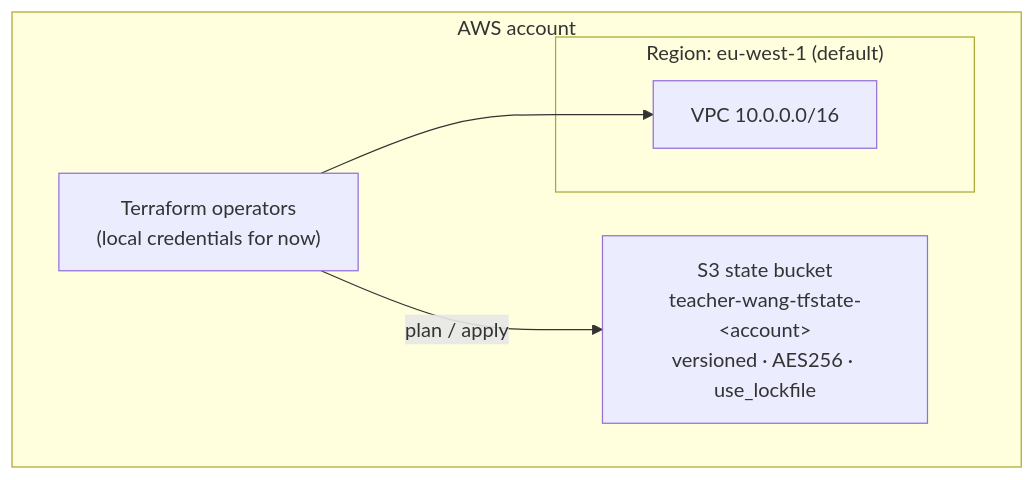
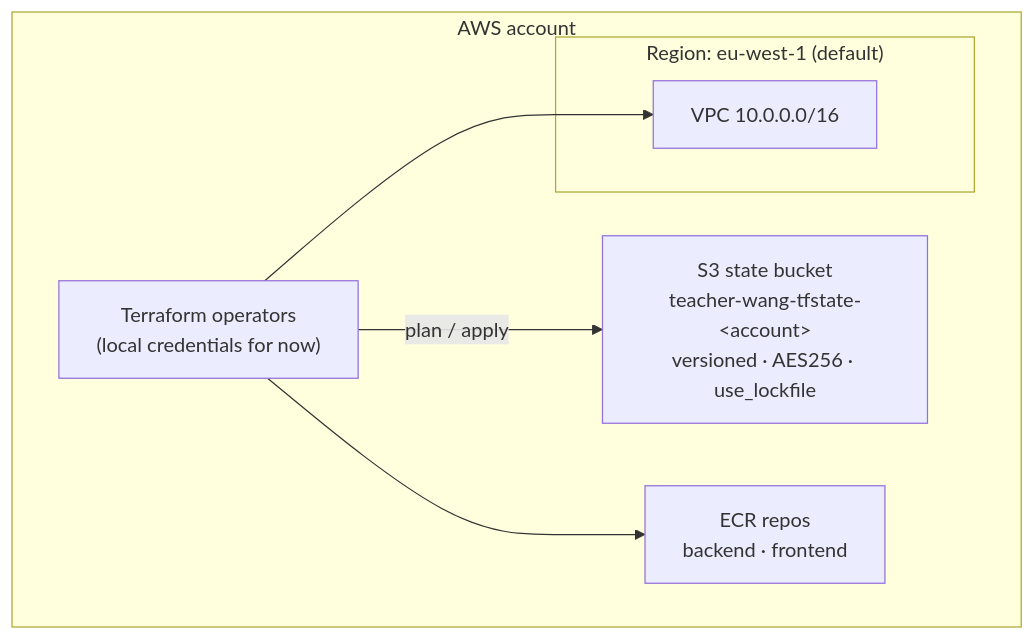
The first of 6 diagrams in docs/architecture.md (mazarsju/teacher-wang-infra), drawn with Mermaid before and after one commit. The commit also changed other lines of this file and 5 other files, not shown here.

Commit message:
Prepare ECR for both the frontend and the backend

````diff
--- a/docs/architecture.md
+++ b/docs/architecture.md
@@ -13,14 +13,16 @@
 ```mermaid
 flowchart TB
   subgraph Account["AWS account"]
     TF["Terraform operators<br/>(local credentials for now)"]
     S3State["S3 state bucket<br/>teacher-wang-tfstate-&lt;account&gt;<br/>versioned · AES256 · use_lockfile"]
+    ECR["ECR repos<br/>backend · frontend"]
 
     subgraph Region["Region: eu-west-1 (default)"]
       VPC["VPC 10.0.0.0/16"]
     end
   end
 
   TF -->|plan / apply| S3State
   TF --> VPC
+  TF --> ECR
 ```
````
